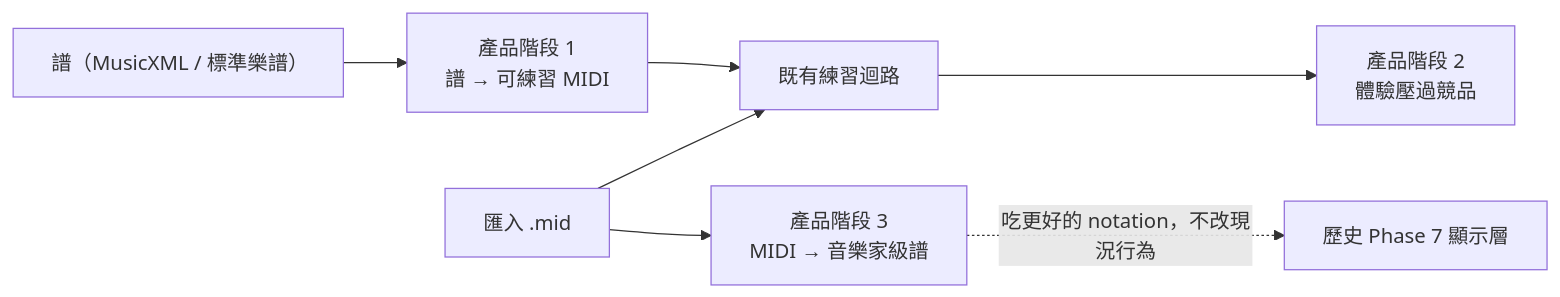
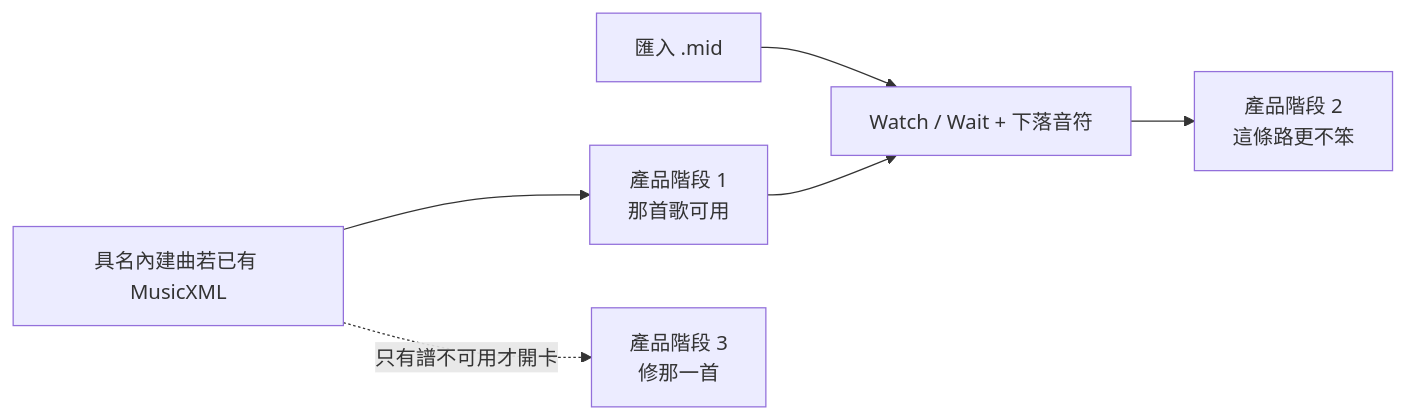
One commit to EndeavorYen/Rexiano changed the diagram in docs/ROADMAP.md. Above: the diagram before and after it, drawn with Mermaid. The commit also changed other lines of this file and 81 other files, not shown here.

````diff
--- a/docs/ROADMAP.md
+++ b/docs/ROADMAP.md
@@ -24,9 +40,8 @@
 ```mermaid
 flowchart LR
-    Score["譜（MusicXML / 標準樂譜）"] --> P1["產品階段 1<br/>譜 → 可練習 MIDI"]
-    MidiIn["匯入 .mid"] --> Practice["既有練習迴路"]
+    Named["具名內建曲若已有 MusicXML"] --> P1["產品階段 1<br/>那首歌可用"]
+    MidiIn["匯入 .mid"] --> Practice["Watch / Wait + 下落音符"]
     P1 --> Practice
-    Practice --> P2["產品階段 2<br/>體驗壓過競品"]
-    MidiIn --> P3["產品階段 3<br/>MIDI → 音樂家級譜"]
-    P3 -.->|"吃更好的 notation，不改現況行為"| Display["歷史 Phase 7 顯示層"]
+    Practice --> P2["產品階段 2<br/>這條路更不笨"]
+    Named -.->|"只有譜不可用才開卡"| P3["產品階段 3<br/>修那一首"]
 ```
````
